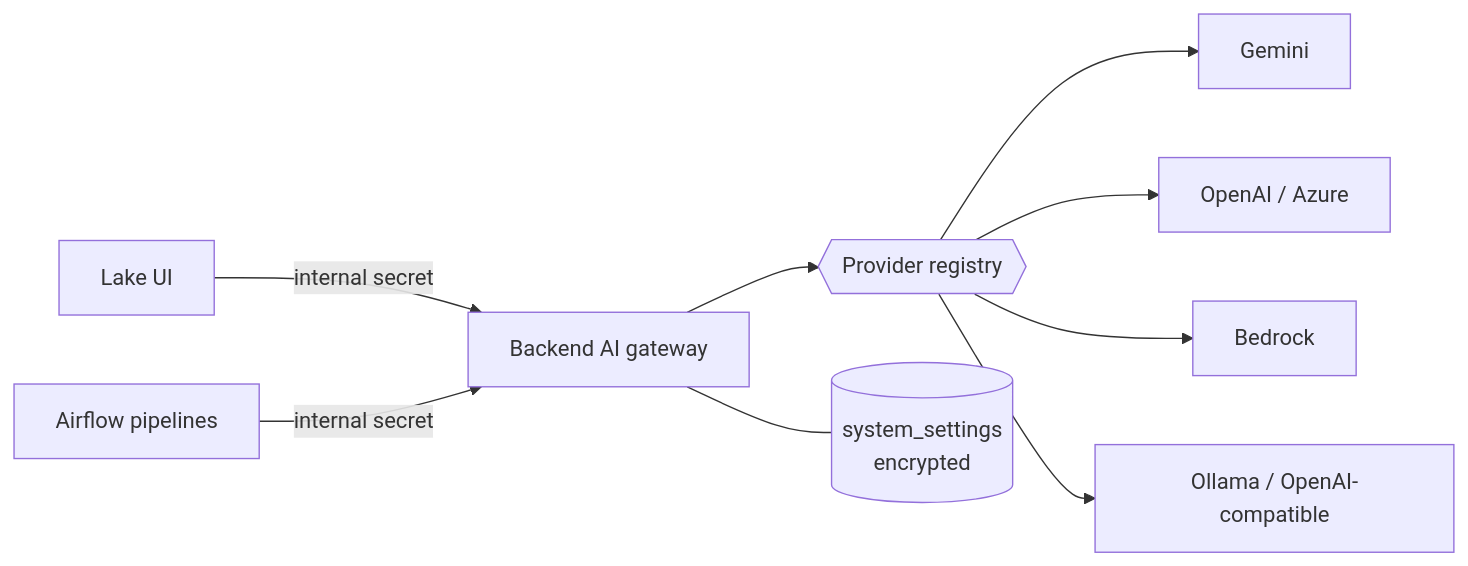
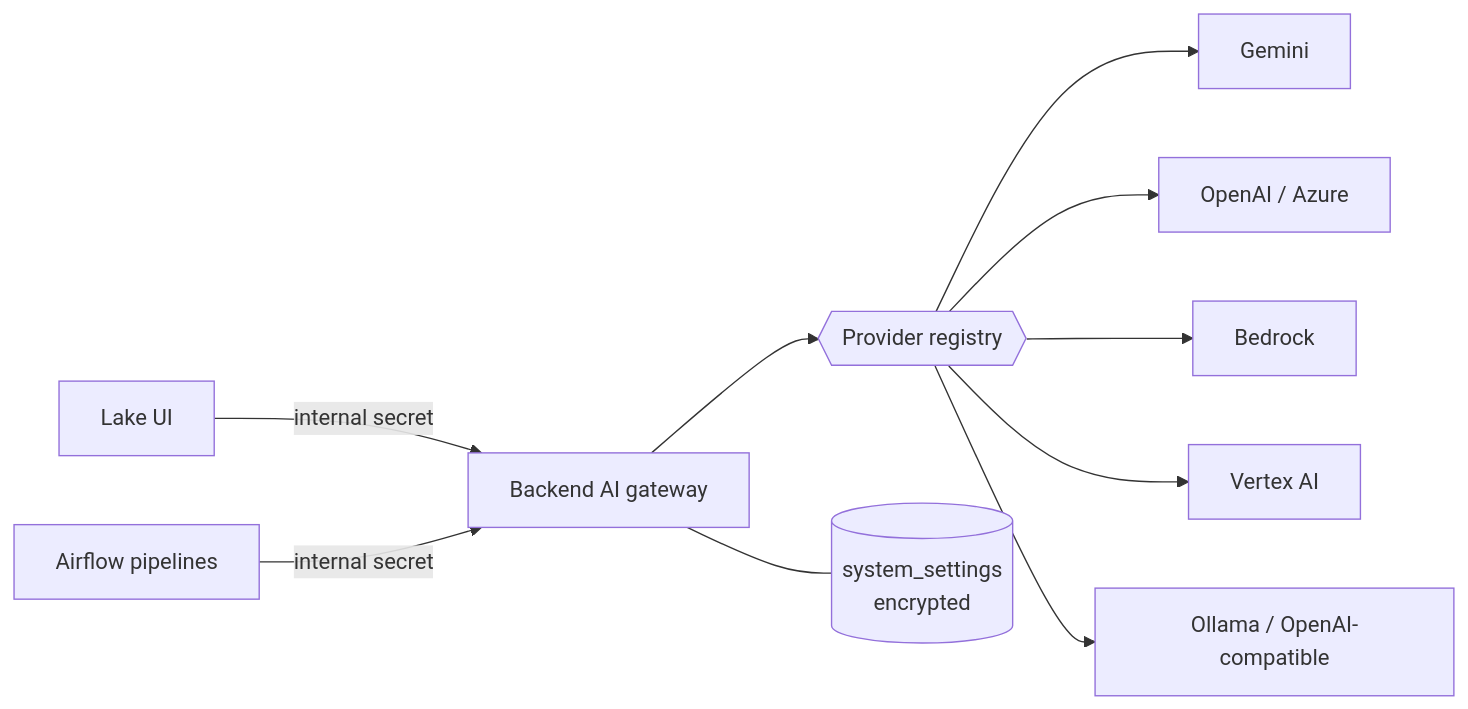
One commit to Lake-of-Tears/lake-of-tears changed the diagram in docs/wiki/AI-Providers.md. Above: the diagram before and after it, drawn with Mermaid. The commit also changed other lines of this file and 8 other files, not shown here.

````diff
--- a/docs/wiki/AI-Providers.md
+++ b/docs/wiki/AI-Providers.md
@@ -20,11 +21,12 @@
 ```mermaid
 flowchart LR
     ui[Lake UI] -->|internal secret| be[Backend AI gateway]
     af[Airflow pipelines] -->|internal secret| be
     be --> reg{{Provider registry}}
     reg --> g[Gemini]
     reg --> o[OpenAI / Azure]
     reg --> b[Bedrock]
+    reg --> v[Vertex AI]
     reg --> l[Ollama / OpenAI-compatible]
     be --- db[(system_settings<br/>encrypted)]
 ```
````
